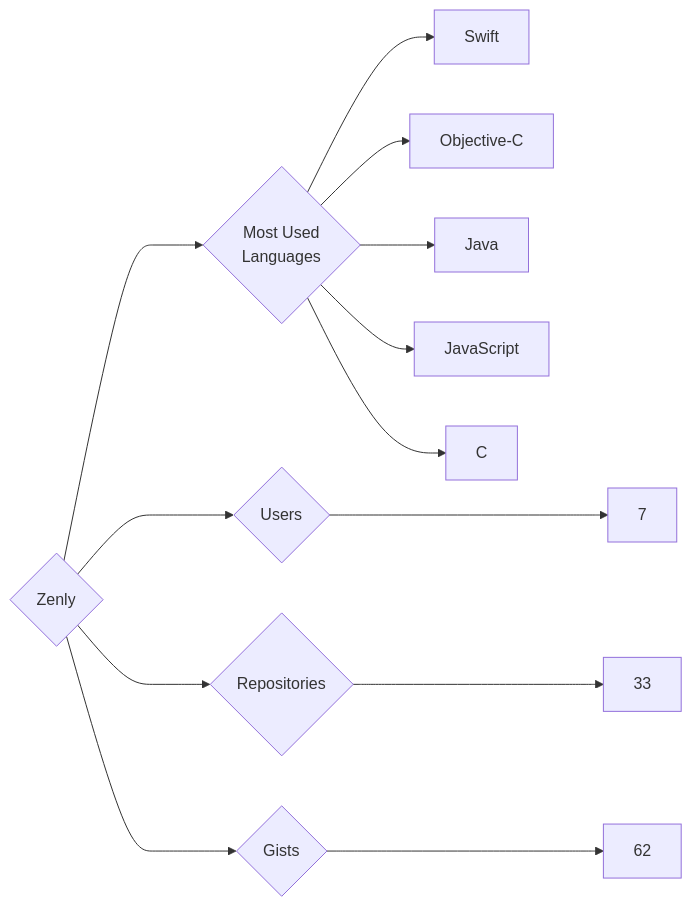
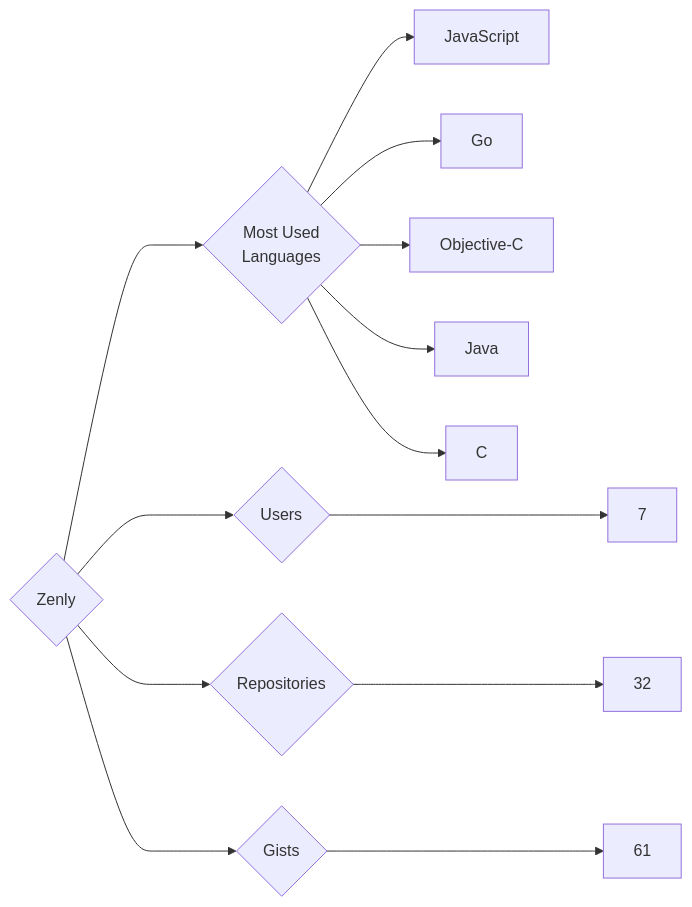
Before and after one commit to trickest/insiders: the diagram in targets/Zenly/README.md, drawn with Mermaid. The commit also changed 806 other files, not shown here.

````diff
--- a/targets/Zenly/README.md
+++ b/targets/Zenly/README.md
@@ -3,13 +3,13 @@
 ```mermaid
 graph LR
 COMPANY_NAME{Zenly}
 COMPANY_NAME ---> U{Users} ---> UN[7]
-COMPANY_NAME ---> R{Repositories} ---> RN[33]
-COMPANY_NAME ---> G{Gists} ---> GN[62]
+COMPANY_NAME ---> R{Repositories} ---> RN[32]
+COMPANY_NAME ---> G{Gists} ---> GN[61]
 COMPANY_NAME ---> ML{Most Used<br>Languages}
-ML --> Swift[Swift]
+ML --> JavaScript[JavaScript]
+ML --> Go[Go]
 ML --> Objective-C[Objective-C]
 ML --> Java[Java]
-ML --> JavaScript[JavaScript]
 ML --> C[C]
 ```
````
